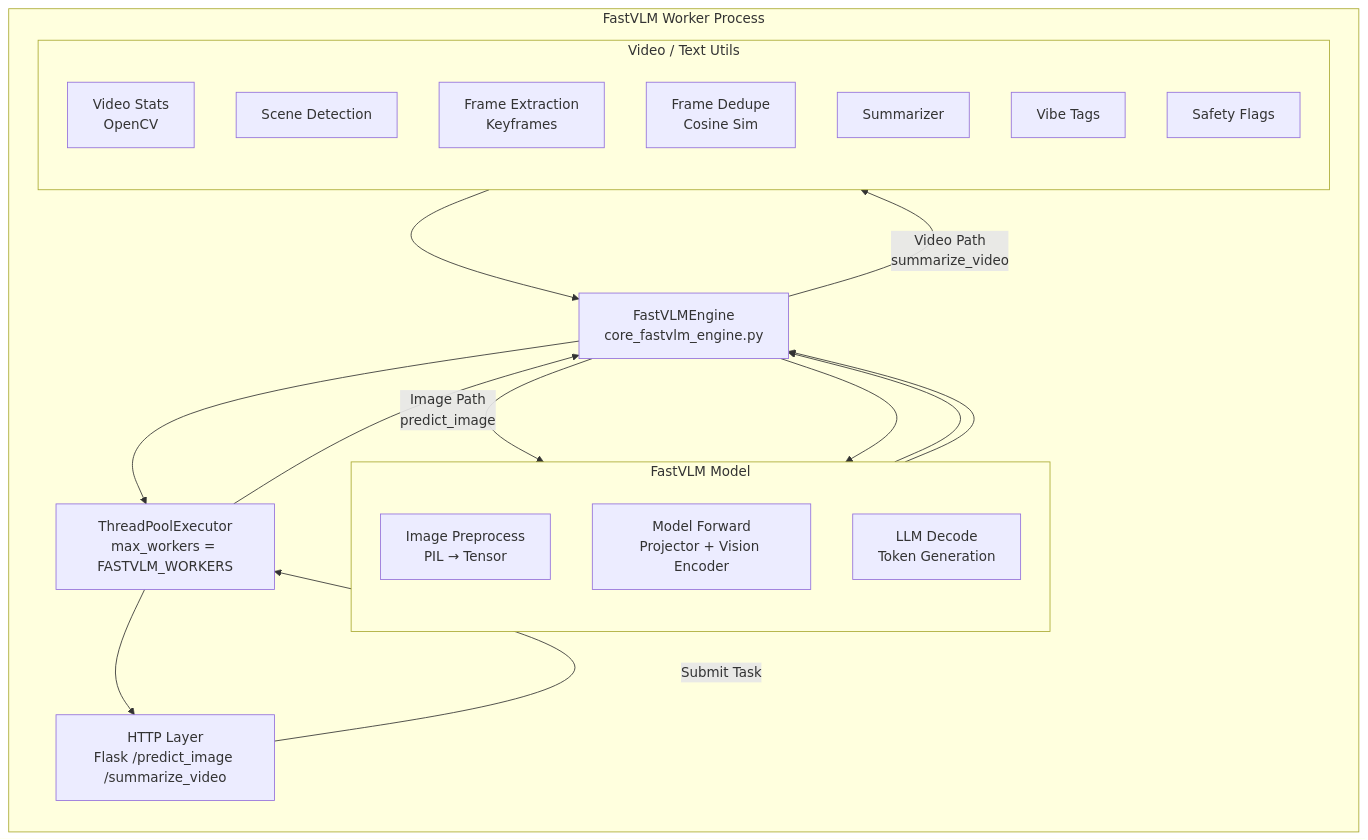
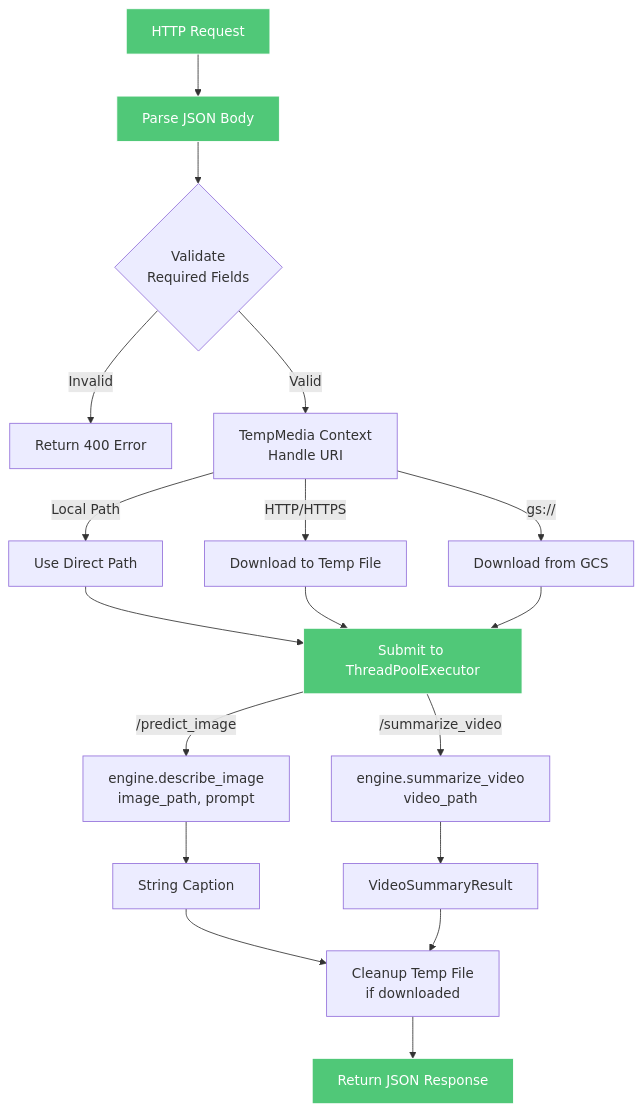
One commit to Pugsy-Explores/ml-fastvlm changed the third of 5 diagrams in README.md. Above: the diagram before and after it, drawn with Mermaid. The commit also changed other lines of this file, not shown here.

First line of the commit message:
docs: comprehensive README update with detailed workflows and architecture

````diff
--- a/README.md
+++ b/README.md
@@ -57,46 +137,29 @@
 ```mermaid
-flowchart LR
-
-    subgraph Worker["FastVLM Worker Process"]
-        direction TB
-
-        H[HTTP Layer<br/>Flask /predict_image /summarize_video]
-        EXEC[ThreadPoolExecutor<br/>max_workers = FASTVLM_WORKERS]
-        E[FastVLMEngine<br/>core_fastvlm_engine.py]
-
-        subgraph MODEL["FastVLM Model"]
-            direction TB
-            P1[Image Preprocess<br/>PIL → Tensor]
-            P2[Model Forward<br/>Projector + Vision Encoder]
-            P3[LLM Decode<br/>Token Generation]
-        end
-
-        subgraph UTILS["Video / Text Utils"]
-            direction TB
-            V1[Video Stats<br/>OpenCV]
-            V2[Scene Detection]
-            V3[Frame Extraction<br/>Keyframes]
-            V4[Frame Dedupe<br/>Cosine Sim]
-            T1[Summarizer]
-            T2[Vibe Tags]
-            T3[Safety Flags]
-        end
-    end
-
-    H -->|Submit Task| EXEC
-    EXEC --> E
-
-    %% Image Path
-    E -->|Image Path<br/>predict_image| MODEL
-    MODEL --> E
-
-    %% Video Path
-    E -->|Video Path<br/>summarize_video| UTILS
-    UTILS --> E
-    E --> MODEL
-    MODEL --> E
-
-    E --> EXEC --> H
-
-    classDef gpu fill:#1e3c72,stroke:#fff,color:#fff;
+flowchart TB
+    Request[HTTP Request] --> Parse[Parse JSON Body]
+    Parse --> Validate{Validate<br/>Required Fields}
+    Validate -->|Invalid| Error[Return 400 Error]
+    Validate -->|Valid| TempMedia[TempMedia Context<br/>Handle URI]
+    
+    TempMedia -->|Local Path| Local[Use Direct Path]
+    TempMedia -->|HTTP/HTTPS| Download[Download to Temp File]
+    TempMedia -->|gs://| GCS[Download from GCS]
+    
+    Local --> Submit[Submit to ThreadPoolExecutor]
+    Download --> Submit
+    GCS --> Submit
+    
+    Submit -->|/predict_image| ImageTask[engine.describe_image<br/>image_path, prompt]
+    Submit -->|/summarize_video| VideoTask[engine.summarize_video<br/>video_path]
+    
+    ImageTask --> ImageResult[String Caption]
+    VideoTask --> VideoResult[VideoSummaryResult]
+    
+    ImageResult --> Cleanup[Cleanup Temp File<br/>if downloaded]
+    VideoResult --> Cleanup
+    
+    Cleanup --> Response[Return JSON Response]
+    
+    classDef server fill:#50c878,stroke:#fff,color:#fff
+    class Request,Parse,Submit,Response server
 ```
````
